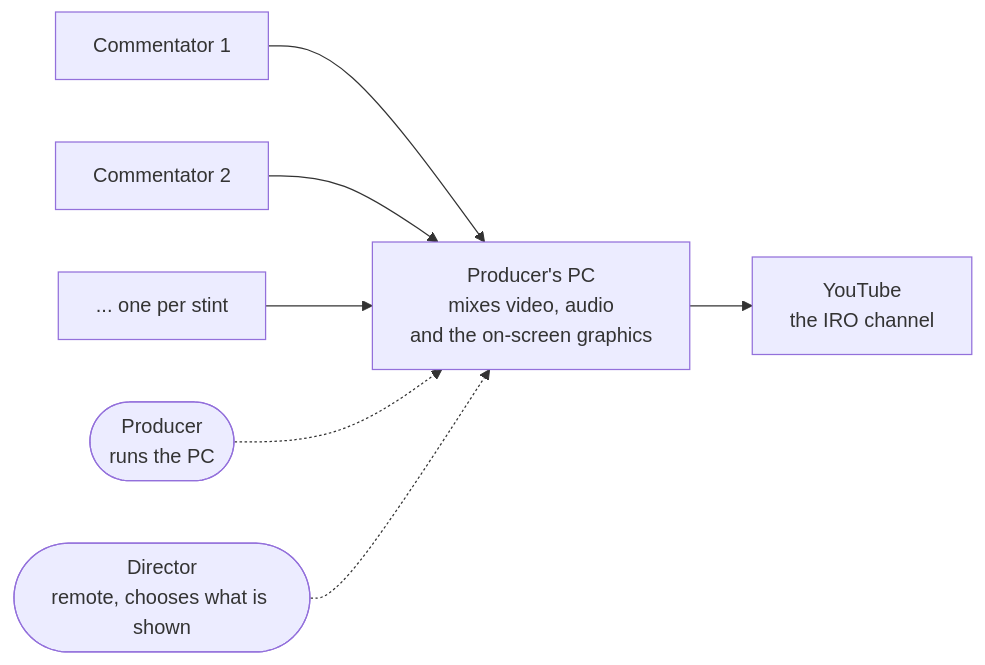
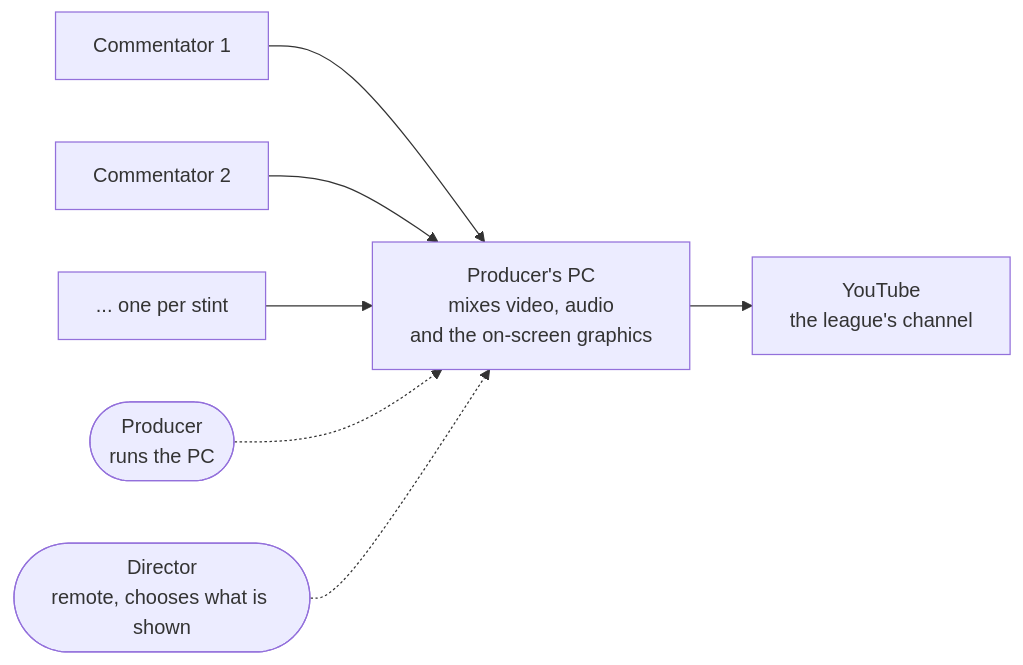
The diagram in src/docs/wiki/Home.md (jegr78/gt-endurance-racing-broadcast), drawn with Mermaid before and after one commit. The commit also changed other lines of this file and 6 other files, not shown here.

````diff
--- a/src/docs/wiki/Home.md
+++ b/src/docs/wiki/Home.md
@@ -12,9 +13,9 @@
 ```mermaid
 flowchart LR
   C1["Commentator 1"] --> PC
   C2["Commentator 2"] --> PC
   C3["... one per stint"] --> PC
-  PC["Producer's PC<br/>mixes video, audio<br/>and the on-screen graphics"] --> YT["YouTube<br/>the IRO channel"]
+  PC["Producer's PC<br/>mixes video, audio<br/>and the on-screen graphics"] --> YT["YouTube<br/>the league's channel"]
   Prod(["Producer<br/>runs the PC"]) -.-> PC
   Dir(["Director<br/>remote, chooses what is shown"]) -.-> PC
 ```
````
